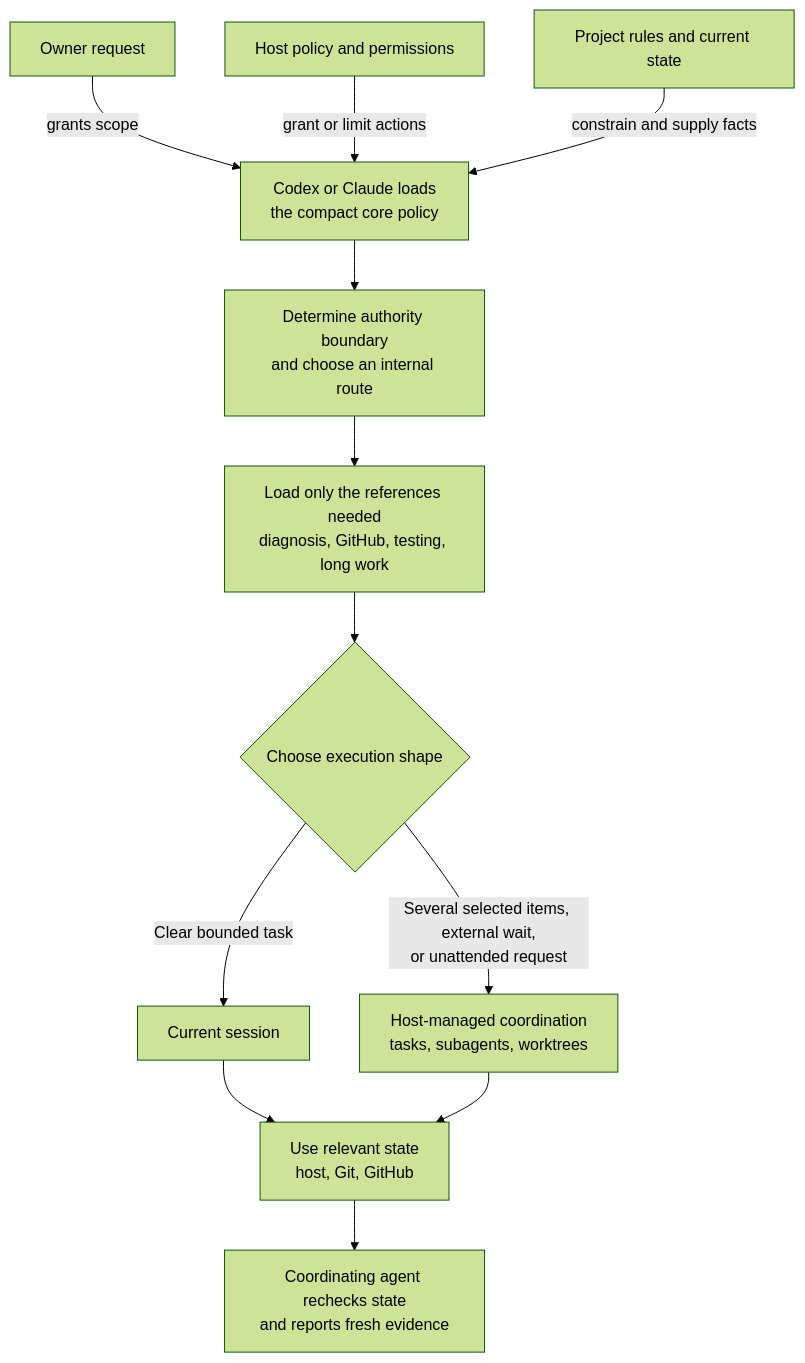
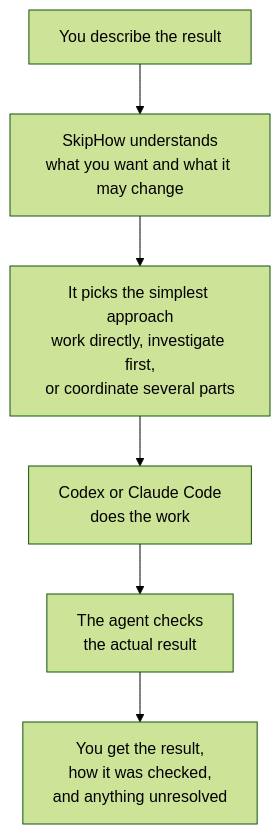
The diagram in README.md (mzored/SkipHow), drawn with Mermaid (forest theme) before and after one commit. The commit also changed other lines of this file, not shown here.

Commit message:
docs: simplify the SkipHow workflow

````diff
--- a/README.md
+++ b/README.md
@@ -43,14 +43,8 @@
 ```mermaid
 flowchart TD
-    A["Owner request"] -->|"grants scope"| K["Codex or Claude loads<br/>the compact core policy"]
-    H["Host policy and permissions"] -->|"grant or limit actions"| K
-    P["Project rules and current state"] -->|"constrain and supply facts"| K
-    K --> R["Determine authority boundary<br/>and choose an internal route"]
-    R --> L["Load only the references needed<br/>diagnosis, GitHub, testing, long work"]
-    L --> E{"Choose execution shape"}
-    E -->|"Clear bounded task"| S["Current session"]
-    E -->|"Several selected items, external wait,<br/>or unattended request"| C["Host-managed coordination<br/>tasks, subagents, worktrees"]
-    S --> T["Use relevant state<br/>host, Git, GitHub"]
-    C --> T
-    T --> V["Coordinating agent rechecks state<br/>and reports fresh evidence"]
+    A["You describe the result"] --> B["SkipHow understands<br/>what you want and what it may change"]
+    B --> C["It picks the simplest approach<br/>work directly, investigate first,<br/>or coordinate several parts"]
+    C --> D["Codex or Claude Code<br/>does the work"]
+    D --> E["The agent checks<br/>the actual result"]
+    E --> F["You get the result,<br/>how it was checked,<br/>and anything unresolved"]
 ```
````
